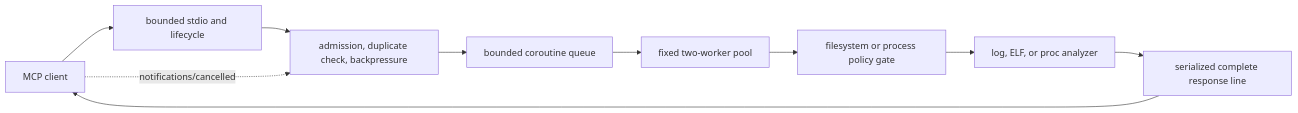
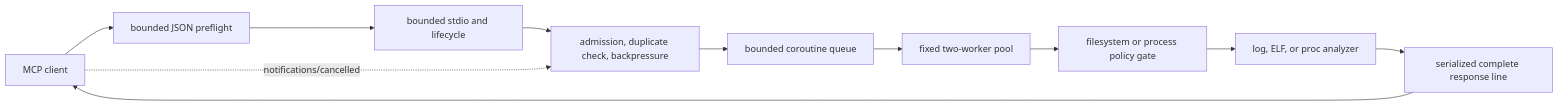
The diagram in README.md (kabbersokhi-boop/native-mcp-sandbox), drawn with Mermaid before and after one commit. The commit also changed other lines of this file and 67 other files, not shown here.

````diff
--- a/README.md
+++ b/README.md
@@ -264,12 +315,13 @@
 ```mermaid
 flowchart LR
-    A["MCP client"] --> B["bounded stdio and lifecycle"]
+    A["MCP client"] --> P["bounded JSON preflight"]
+    P --> B["bounded stdio and lifecycle"]
     B --> C["admission, duplicate check, backpressure"]
     C --> D["bounded coroutine queue"]
     D --> E["fixed two-worker pool"]
     A -. "notifications/cancelled" .-> C
     E --> F["filesystem or process policy gate"]
     F --> G["log, ELF, or proc analyzer"]
     G --> H["serialized complete response line"]
     H --> A
 ```
````
